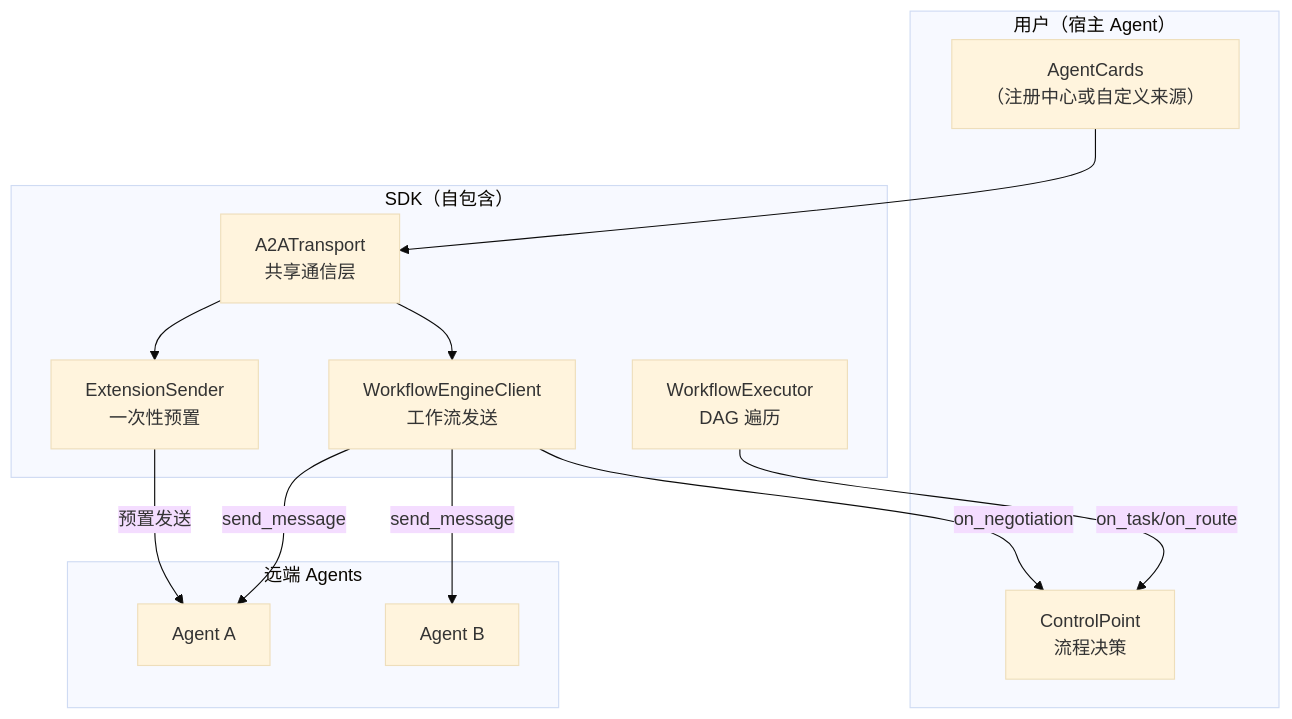
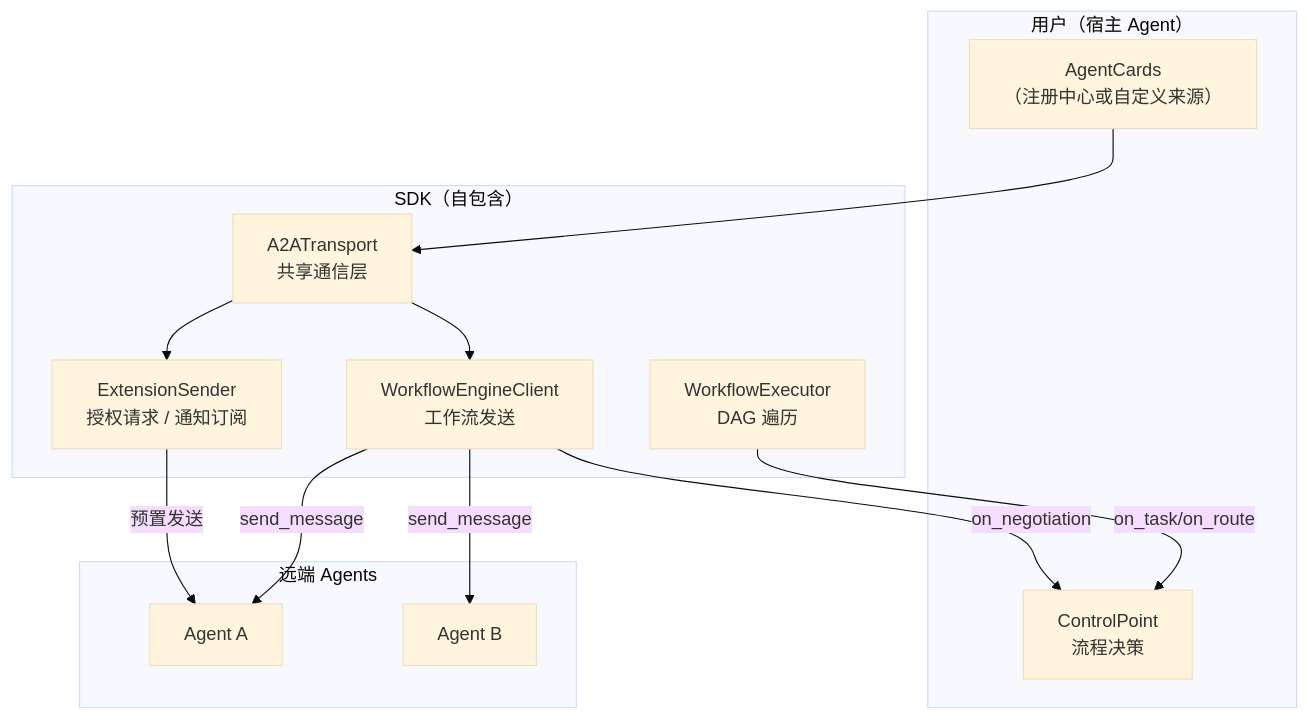
One commit to Zhoujie628/workflow-engine-sdk-python changed the diagram in README.md. Above: the diagram before and after it, drawn with Mermaid (base theme). The commit also changed other lines of this file and 11 other files, not shown here.

````diff
--- a/README.md
+++ b/README.md
@@ -33,25 +37,25 @@
 ```mermaid
 flowchart TB
     subgraph User["用户（宿主 Agent）"]
         AC["AgentCards<br/>（注册中心或自定义来源）"]
         CP["ControlPoint<br/>流程决策"]
     end
     subgraph SDK["SDK（自包含）"]
         TR["A2ATransport<br/>共享通信层"]
         WEC["WorkflowEngineClient<br/>工作流发送"]
-        ES["ExtensionSender<br/>一次性预置"]
+        ES["ExtensionSender<br/>授权请求 / 通知订阅"]
         WE["WorkflowExecutor<br/>DAG 遍历"]
     end
     subgraph Agents["远端 Agents"]
         A1["Agent A"]
         A2["Agent B"]
     end
     AC --> TR
     TR --> WEC
     TR --> ES
     WEC -->|send_message| A1
     WEC -->|send_message| A2
     ES -->|预置发送| A1
     WE -->|on_task/on_route| CP
     WEC -->|on_negotiation| CP
 ```
````
